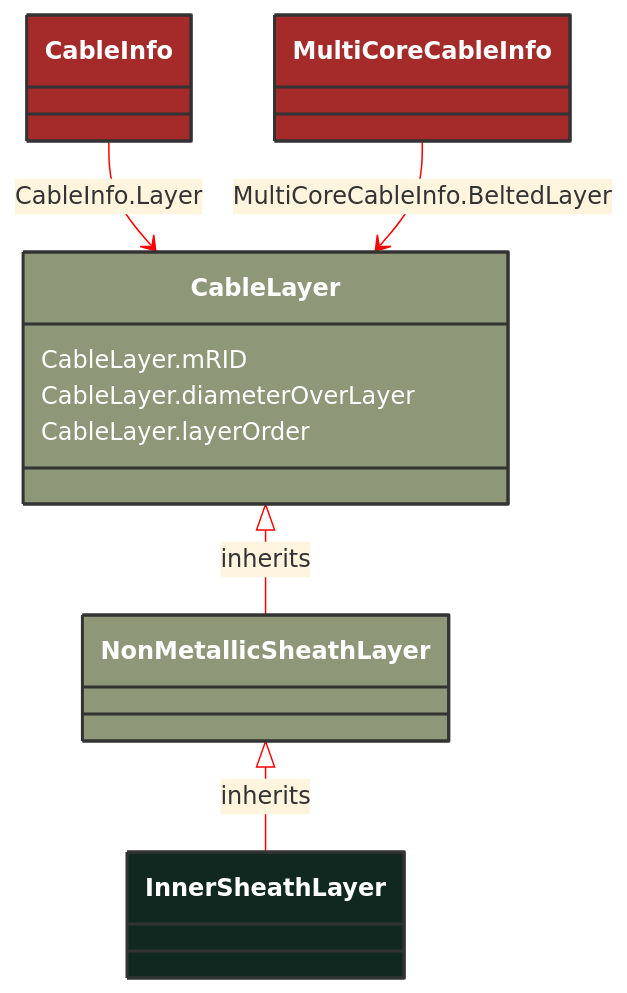
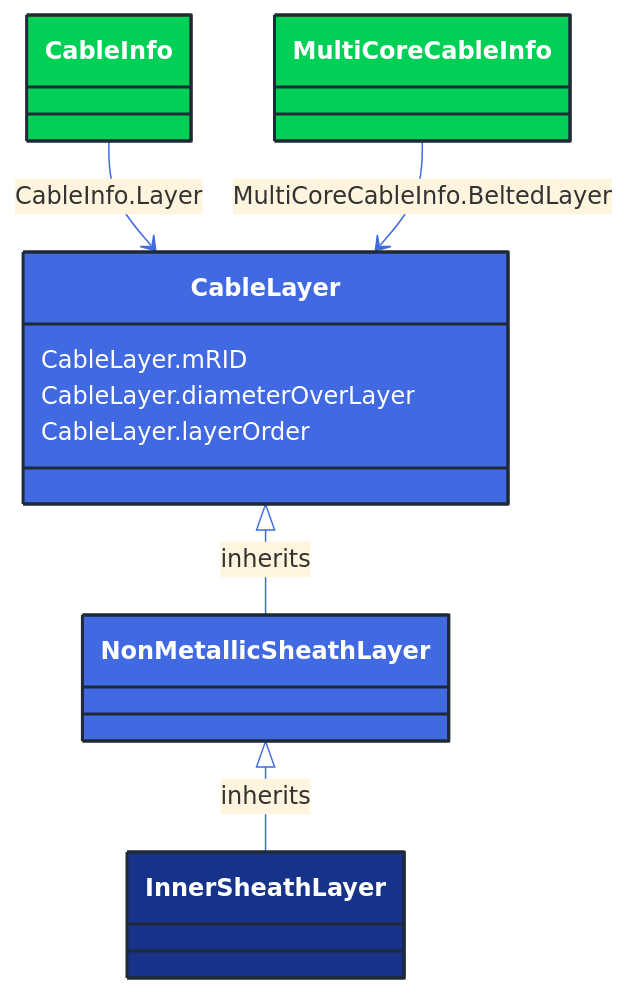
One commit to 3lbits/NoCIMExtensions changed the diagram in docs/Models/Profiles/SubseaCableInfo/ConcreteClasses/InnerSheathLayer.md. Above: the diagram before and after it, drawn with Mermaid. The commit also changed 362 other files, not shown here.

First line of the commit message:
Update diagrams and styles for improved visual consistency

````diff
--- a/docs/Models/Profiles/SubseaCableInfo/ConcreteClasses/InnerSheathLayer.md
+++ b/docs/Models/Profiles/SubseaCableInfo/ConcreteClasses/InnerSheathLayer.md
@@ -8,33 +8,33 @@
 ```mermaid
-%%{init: {'theme':'base','themeVariables': {'lineColor': '#FF0000'}}}%%
+%%{init: {'theme':'base','themeVariables': {'lineColor': '#4169E1'}}}%%
 classDiagram
     class InnerSheathLayer
     click InnerSheathLayer href "/Models/Profiles/SubseaCableInfo/ConcreteClasses/InnerSheathLayer/"
-    style InnerSheathLayer fill:#102820,stroke:#333,stroke-width:2px,rx:10,ry:10,color:white
+    style InnerSheathLayer fill:#163289,stroke:#1F2A37,stroke-width:2px,rx:10,ry:10,color:white
      
         NonMetallicSheathLayer <|-- InnerSheathLayer : inherits
             click NonMetallicSheathLayer href "/Models/Profiles/SubseaCableInfo/ConcreteClasses/NonMetallicSheathLayer/"
-            style NonMetallicSheathLayer fill:#8F9779,stroke:#333,stroke-width:2px,rx:10,ry:10,color:white
+            style NonMetallicSheathLayer fill:#4169E1,stroke:#1F2A37,stroke-width:2px,rx:10,ry:10,color:white
      
         CableLayer <|-- NonMetallicSheathLayer : inherits
             click CableLayer href "/Models/Profiles/SubseaCableInfo/AbstractClasses/CableLayer/"
-            style CableLayer fill:#8F9779,stroke:#333,stroke-width:2px,rx:10,ry:10,color:white
+            style CableLayer fill:#4169E1,stroke:#1F2A37,stroke-width:2px,rx:10,ry:10,color:white
 
 
         CableInfo --> CableLayer : CableInfo.Layer
 
         CableInfo
             click CableInfo href "/Models/Profiles/SubseaCableInfo/ConcreteClasses/CableInfo/"
-            style CableInfo fill:#A52A2A,stroke:#333,stroke-width:2px,rx:10,ry:10,color:white
+            style CableInfo fill:#00D156,stroke:#1F2A37,stroke-width:2px,rx:10,ry:10,color:white
 
         MultiCoreCableInfo --> CableLayer : MultiCoreCableInfo.BeltedLayer
 
         MultiCoreCableInfo
             click MultiCoreCableInfo href "/Models/Profiles/SubseaCableInfo/ConcreteClasses/MultiCoreCableInfo/"
-            style MultiCoreCableInfo fill:#A52A2A,stroke:#333,stroke-width:2px,rx:10,ry:10,color:white
+            style MultiCoreCableInfo fill:#00D156,stroke:#1F2A37,stroke-width:2px,rx:10,ry:10,color:white
 
 
         CableLayer : CableLayer.mRID
         CableLayer : CableLayer.diameterOverLayer
         CableLayer : CableLayer.layerOrder
 ```
````
